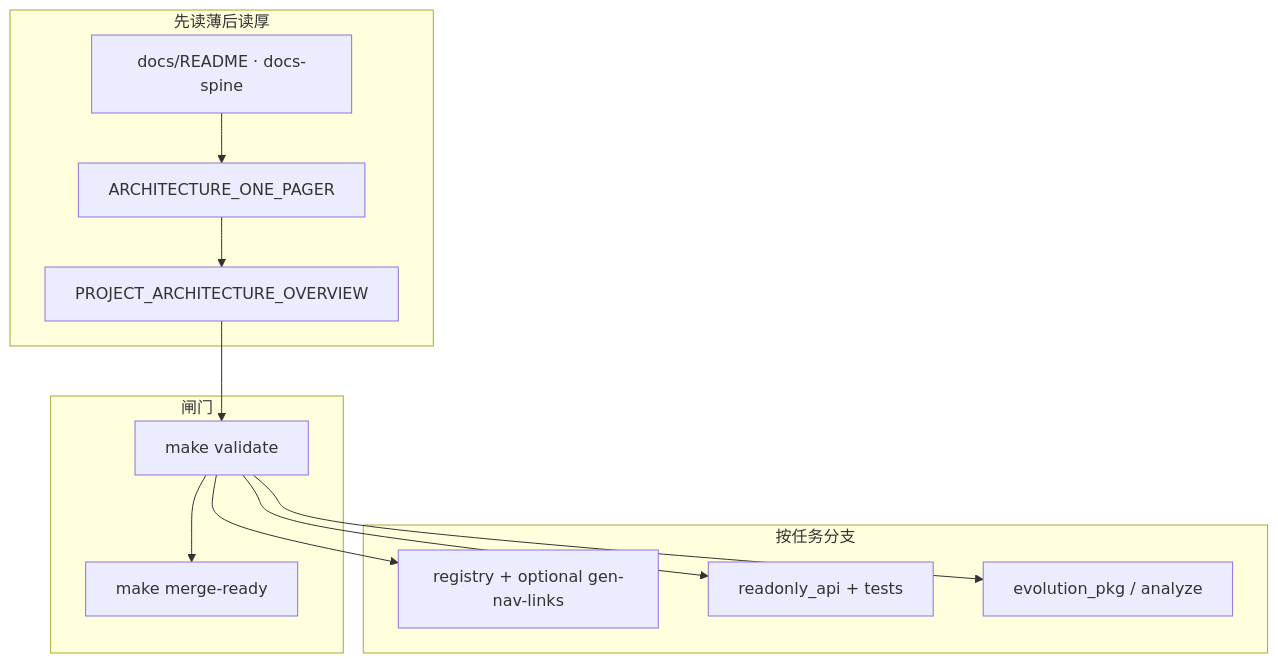
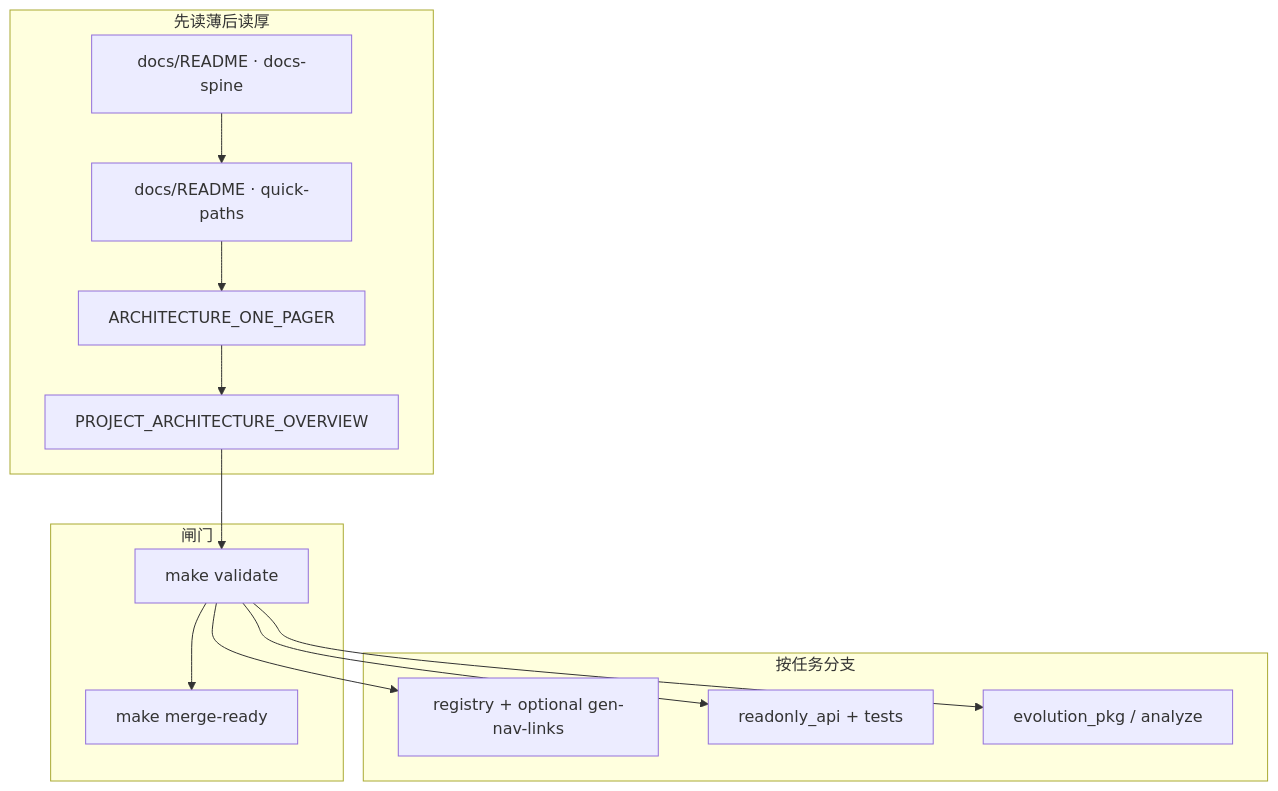
Before and after one commit to smartseanchain/ai-base-arch-evolution: the diagram in docs/PLATFORM_MASTER_MAP_AND_INVOCATION.md, drawn with Mermaid. The commit also changed other lines of this file and 234 other files, not shown here.

````diff
--- a/docs/PLATFORM_MASTER_MAP_AND_INVOCATION.md
+++ b/docs/PLATFORM_MASTER_MAP_AND_INVOCATION.md
@@ -106,24 +144,26 @@
 ```mermaid
 flowchart TB
   subgraph docs [先读薄后读厚]
     spine[docs/README · docs-spine]
+    qp[docs/README · quick-paths]
     one[ARCHITECTURE_ONE_PAGER]
     over[PROJECT_ARCHITECTURE_OVERVIEW]
   end
   subgraph gates [闸门]
     v[make validate]
     mr[make merge-ready]
   end
   subgraph work [按任务分支]
     reg[registry + optional gen-nav-links]
     api[readonly_api + tests]
     pipe[evolution_pkg / analyze]
   end
-  spine --> one
+  spine --> qp
+  qp --> one
   one --> over
   over --> v
   v --> mr
   v --> reg
   v --> api
   v --> pipe
 ```
````
